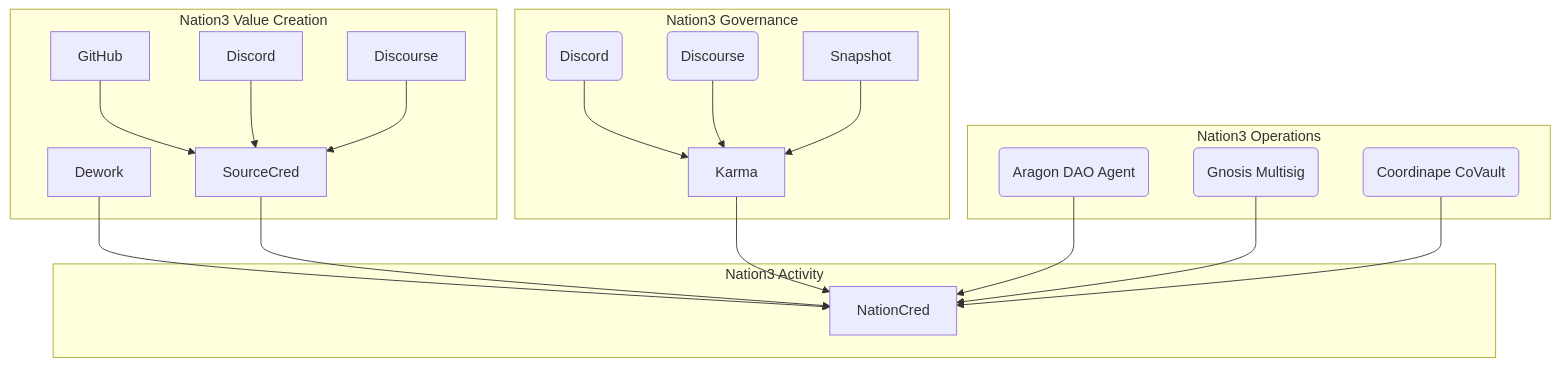
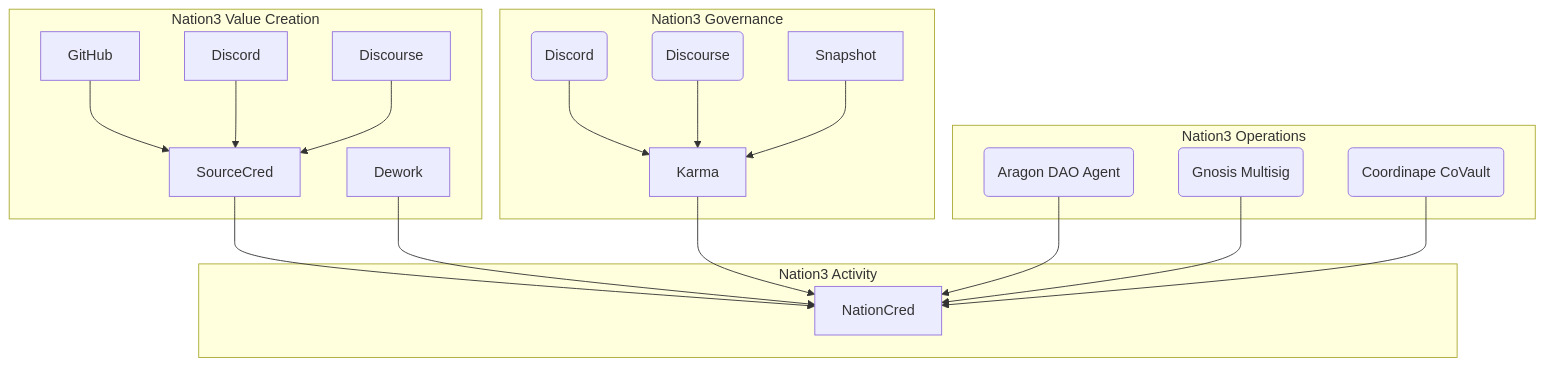
Before and after one commit to nation3/nationcred-datasets: the diagram in README.md, drawn with Mermaid. The commit also changed other lines of this file, not shown here.

````diff
--- a/README.md
+++ b/README.md
@@ -9,31 +9,31 @@
 ```mermaid
 graph TD
     subgraph Nation3 Value Creation
     GitHub-->SourceCred
     Discord-->SourceCred
     Discourse-->SourceCred
     Dework
     end
+    SourceCred-->NationCred
     Dework-->NationCred
-    SourceCred-->NationCred
     
     subgraph Nation3 Governance
     Discord_Karma(Discord)-->Karma
     Discourse_Karma(Discourse)-->Karma
     Snapshot-->Karma
     end
     Karma-->NationCred
     
     subgraph Nation3 Operations
     Aragon(Aragon DAO Agent)
     Gnosis(Gnosis Multisig)
     Coordinape(Coordinape CoVault)
     end
     Aragon-->NationCred
     Gnosis-->NationCred
     Coordinape-->NationCred
     
     subgraph Nation3 Activity
     NationCred
     end
 ```
````
